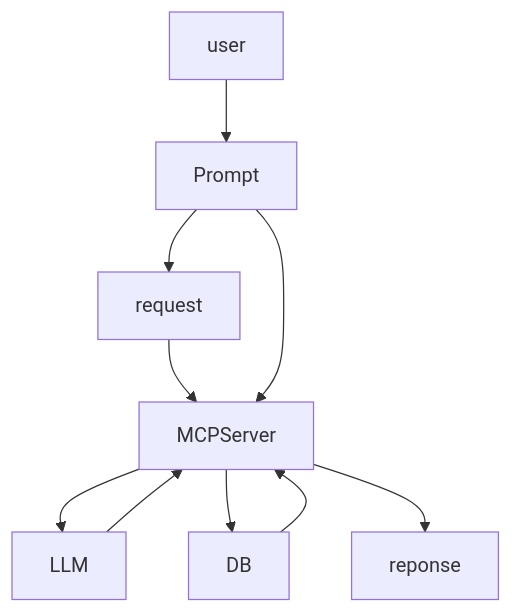
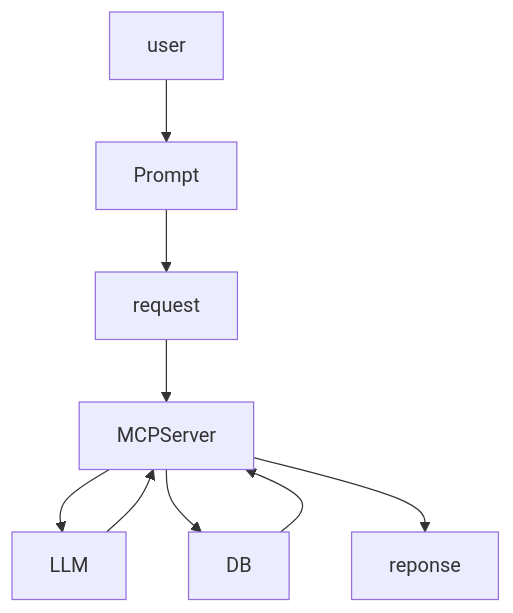
One commit to MaaeYeng2517/MCP-Server-All changed the diagram in README.md. Above: the diagram before and after it, drawn with Mermaid.

````diff
--- a/README.md
+++ b/README.md
@@ -14,12 +14,11 @@
 ```mermaid
 graph TD;
     user-->Prompt;
     Prompt-->request;
     request-->MCPServer;
     MCPServer-->LLM;
     MCPServer-->DB;
     DB-->MCPServer;
     LLM-->MCPServer;
-    Prompt-->MCPServer;
     MCPServer-->reponse;
 ```
````
